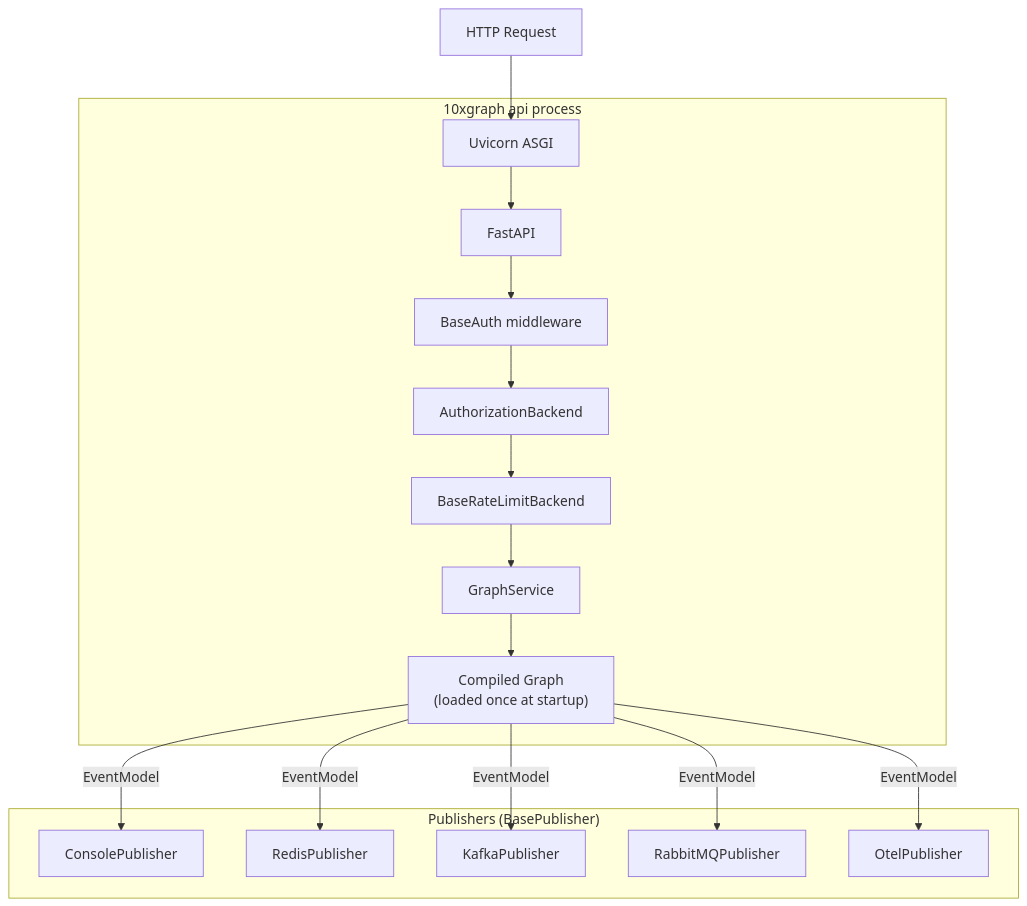
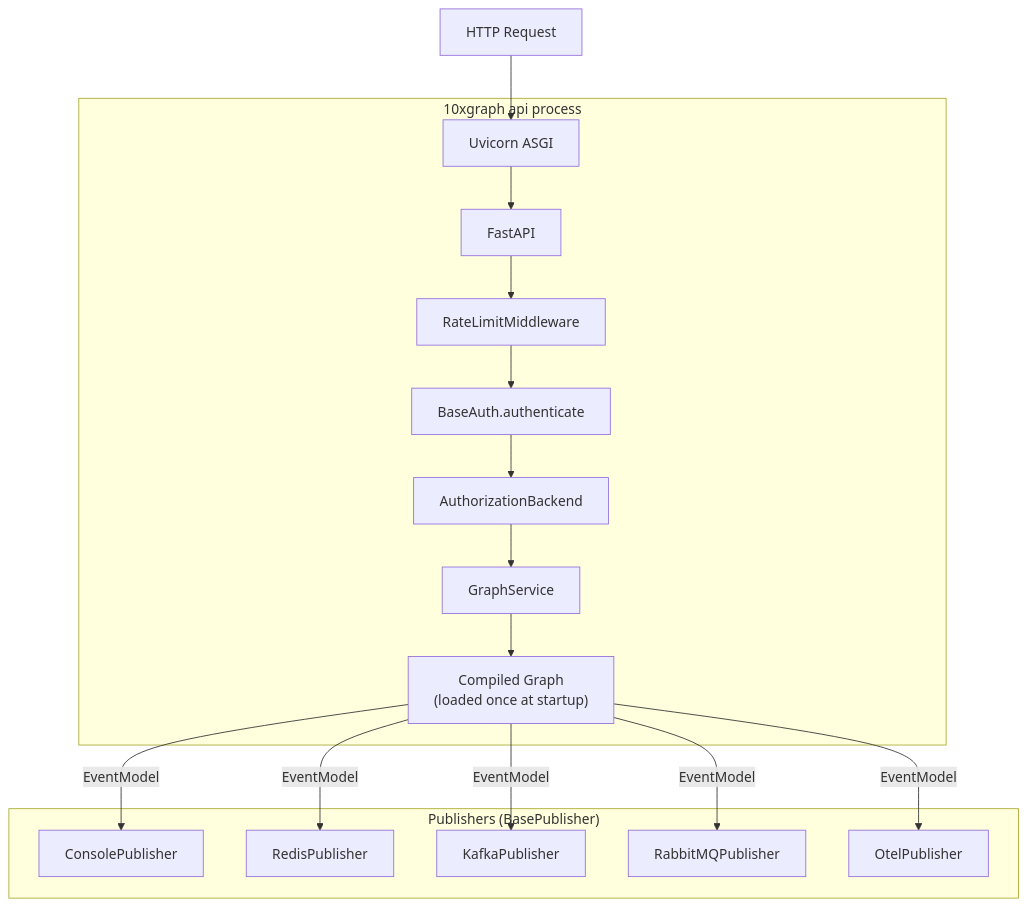
Before and after one commit to 10xHub/agentflow-docs: the diagram in src/content/docs/concepts/serving-agents.md, drawn with Mermaid. The commit also changed other lines of this file and 94 other files, not shown here.

````diff
--- a/src/content/docs/concepts/serving-agents.md
+++ b/src/content/docs/concepts/serving-agents.md
@@ -15,21 +15,21 @@
 ```mermaid
 flowchart TB
   subgraph "10xgraph api process"
     UV[Uvicorn ASGI]
     FA[FastAPI]
-    AUTH[BaseAuth middleware]
+    RATE[RateLimitMiddleware]
+    AUTH[BaseAuth.authenticate]
     AUTHZ[AuthorizationBackend]
-    RATE[BaseRateLimitBackend]
     SVC[GraphService]
     GRAPH["Compiled Graph\n(loaded once at startup)"]
   end
   subgraph "Publishers  (BasePublisher)"
     PUB_C[ConsolePublisher]
     PUB_R[RedisPublisher]
     PUB_K[KafkaPublisher]
     PUB_Q[RabbitMQPublisher]
     PUB_O[OtelPublisher]
   end
-  REQ[HTTP Request] --> UV --> FA --> AUTH --> AUTHZ --> RATE --> SVC --> GRAPH
+  REQ[HTTP Request] --> UV --> FA --> RATE --> AUTH --> AUTHZ --> SVC --> GRAPH
   GRAPH -->|EventModel| PUB_C & PUB_R & PUB_K & PUB_Q & PUB_O
 ```
````
